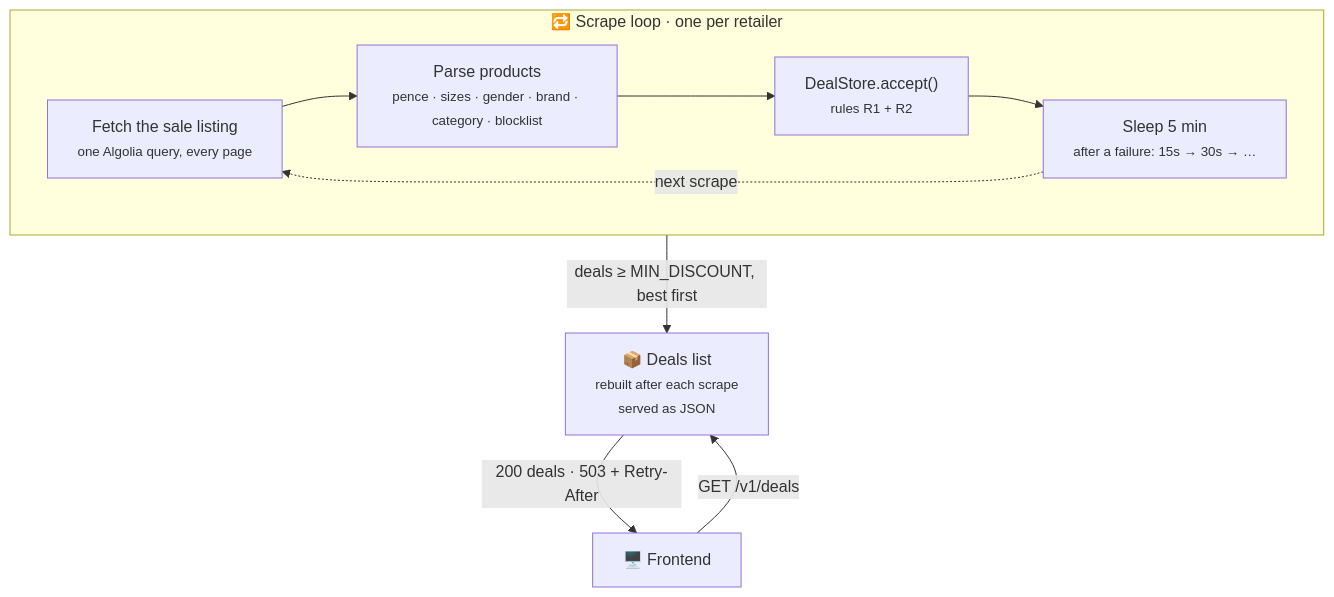
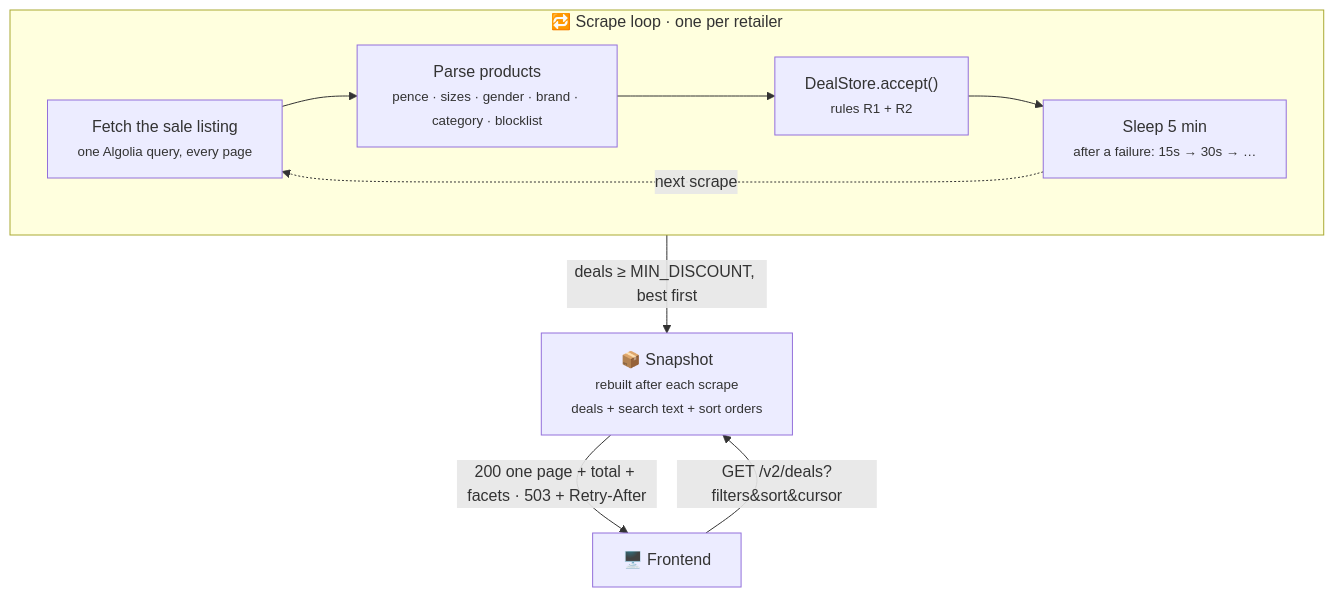
Before and after one commit to JahanU/bargain-web-scraper: the first of 2 diagrams in backend/README.md, drawn with Mermaid. The commit also changed other lines of this file and 13 other files, not shown here.

First line of the commit message:
feat(backend): one query endpoint that filters, counts and pages

````diff
--- a/backend/README.md
+++ b/backend/README.md
@@ -5,19 +5,19 @@
 ```mermaid
 flowchart TB
     subgraph loop["🔁 Scrape loop · one per retailer"]
         direction LR
         fetch["Fetch the sale listing<br/><small>one Algolia query, every page</small>"]
         parse["Parse products<br/><small>pence · sizes · gender · brand · category · blocklist</small>"]
         accept["DealStore.accept()<br/><small>rules R1 + R2</small>"]
         wait["Sleep 5 min<br/><small>after a failure: 15s → 30s → …</small>"]
         fetch --> parse --> accept --> wait
         wait -. next scrape .-> fetch
     end
 
-    built["📦 Deals list<br/><small>rebuilt after each scrape<br/>served as JSON</small>"]
+    built["📦 Snapshot<br/><small>rebuilt after each scrape<br/>deals + search text + sort orders</small>"]
     client["🖥️ Frontend"]
 
     accept -- "deals ≥ MIN_DISCOUNT, best first" --> built
-    client -- "GET /v1/deals" --> built
-    built -- "200 deals · 503 + Retry-After" --> client
+    client -- "GET /v2/deals?filters&sort&cursor" --> built
+    built -- "200 one page + total + facets · 503 + Retry-After" --> client
 ```
````
